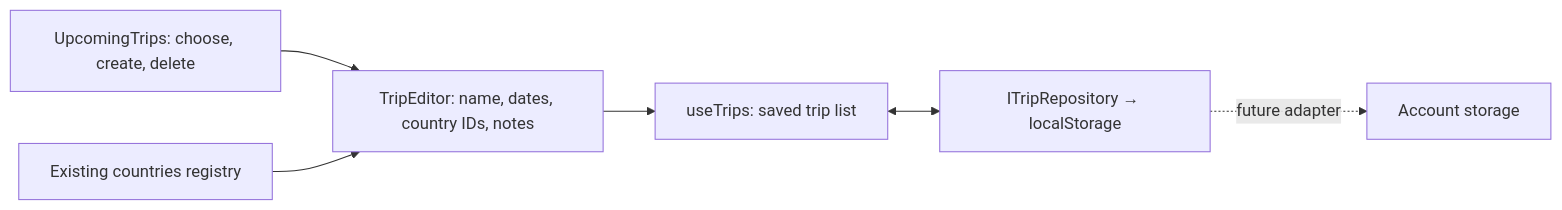
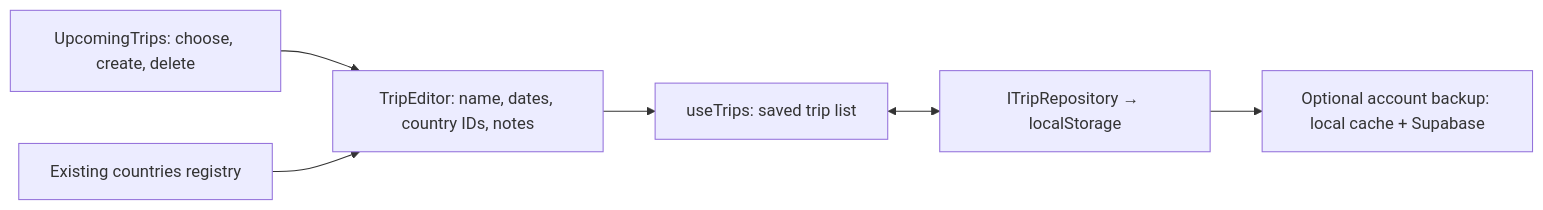
Before and after one commit to arvikachristy/semesta: the first of 2 diagrams in README.md, drawn with Mermaid. The commit also changed other lines of this file and 31 other files, not shown here.

Commit message:
feat: add optional email and Google account backups

````diff
--- a/README.md
+++ b/README.md
@@ -30,8 +30,8 @@
 ```mermaid
 flowchart LR
   panel["UpcomingTrips: choose, create, delete"] --> editor["TripEditor: name, dates, country IDs, notes"]
   editor --> state["useTrips: saved trip list"]
   state <--> storage["ITripRepository → localStorage"]
   registry["Existing countries registry"] --> editor
-  storage -. "future adapter" .-> account["Account storage"]
+  storage --> account["Optional account backup: local cache + Supabase"]
 ```
````
